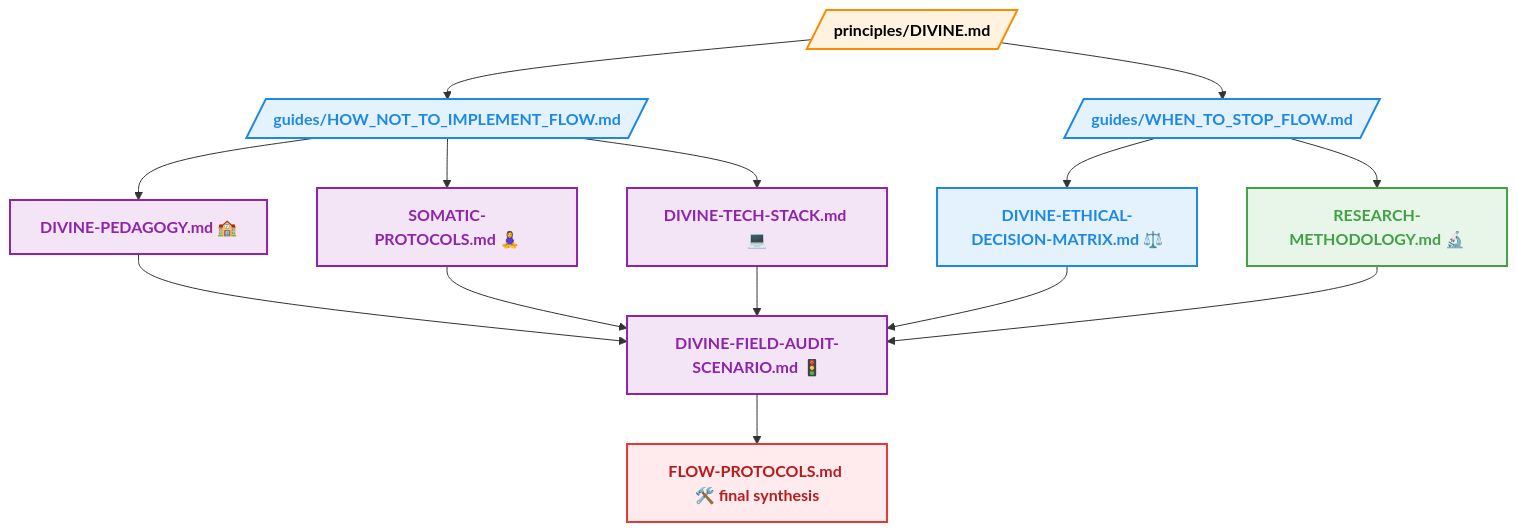
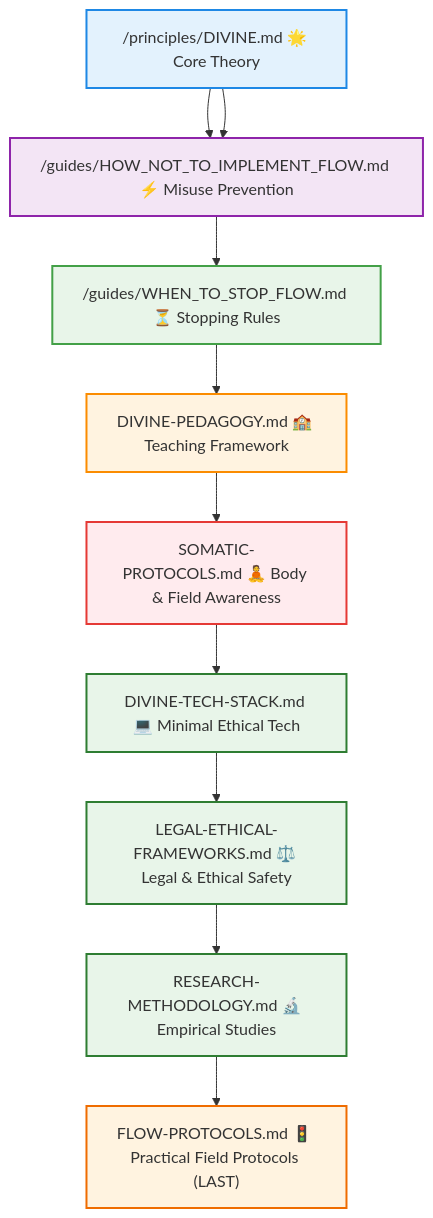
The diagram in annex/README.md (ExistensialReset/manifesto), drawn with Mermaid before and after one commit. The commit also changed other lines of this file, not shown here.

````diff
--- a/annex/README.md
+++ b/annex/README.md
@@ -72,29 +162,33 @@
 ```mermaid
 flowchart TD
-    %% Core principles
-    A[/principles/DIVINE.md/]:::core --> B[/guides/HOW_NOT_TO_IMPLEMENT_FLOW.md/]:::ethics
-    A --> C[/guides/WHEN_TO_STOP_FLOW.md/]:::ethics
+    style A fill:#e3f2fd,stroke:#1e88e5,stroke-width:2px
+    style B fill:#f3e5f5,stroke:#8e24aa,stroke-width:2px
+    style C fill:#e8f5e9,stroke:#43a047,stroke-width:2px
+    style D fill:#fff3e0,stroke:#fb8c00,stroke-width:2px
+    style E fill:#ffebee,stroke:#e53935,stroke-width:2px
 
-    %% Ethics & Safety
-    B --> D1[DIVINE-PEDAGOGY.md 🏫]:::practice
-    B --> D2[SOMATIC-PROTOCOLS.md 🧘‍♀️]:::practice
-    B --> D3[DIVINE-TECH-STACK.md 💻]:::practice
-    C --> D4[DIVINE-ETHICAL-DECISION-MATRIX.md ⚖️]:::ethics
-    C --> D5[RESEARCH-METHODOLOGY.md 🔬]:::measurement
+    A["/principles/DIVINE.md 🌟 Core Theory"] --> B["/guides/HOW_NOT_TO_IMPLEMENT_FLOW.md ⚡ Misuse Prevention"]
+    A --> B
+    B --> C["/guides/WHEN_TO_STOP_FLOW.md ⏳ Stopping Rules"]
+    C --> D["DIVINE-PEDAGOGY.md 🏫 Teaching Framework"]
+    D --> E["SOMATIC-PROTOCOLS.md 🧘 Body & Field Awareness"]
+    E --> F["DIVINE-TECH-STACK.md 💻 Minimal Ethical Tech"]
+    F --> G["LEGAL-ETHICAL-FRAMEWORKS.md ⚖️ Legal & Ethical Safety"]
+    G --> H["RESEARCH-METHODOLOGY.md 🔬 Empirical Studies"]
+    H --> I["FLOW-PROTOCOLS.md 🚦 Practical Field Protocols (LAST)"]
 
-    %% Field Practice & Final Protocol
-    D1 --> E[DIVINE-FIELD-AUDIT-SCENARIO.md 🚦]:::practice
-    D2 --> E
-    D3 --> E
-    D4 --> E
-    D5 --> E
-    E --> F[FLOW-PROTOCOLS.md 🛠️ final synthesis]:::meta
+    classDef core fill:#e0f7fa,stroke:#006064,stroke-width:2px;
+    classDef guide fill:#fce4ec,stroke:#880e4f,stroke-width:2px;
+    classDef annex fill:#e8f5e9,stroke:#2e7d32,stroke-width:2px;
+    classDef last fill:#fff3e0,stroke:#ef6c00,stroke-width:2px;
 
-    %% Class definitions
-    classDef core fill:#fff3e0,stroke:#fb8c00,stroke-width:2px,color:#000,font-weight:bold;
-    classDef ethics fill:#e3f2fd,stroke:#1e88e5,stroke-width:2px,color:#1e88e5,font-weight:bold;
-    classDef measurement fill:#e8f5e9,stroke:#43a047,stroke-width:2px,color:#43a047,font-weight:bold;
-    classDef culture fill:#fff8e1,stroke:#fbc02d,stroke-width:2px,color:#f57f17,font-weight:bold;
-    classDef practice fill:#f3e5f5,stroke:#8e24aa,stroke-width:2px,color:#8e24aa,font-weight:bold;
-    classDef meta fill:#ffebee,stroke:#e53935,stroke-width:2px,color:#b71c1c,font-weight:bold;
+    class A core
+    class B guide
+    class C guide
+    class D annex
+    class E annex
+    class F annex
+    class G annex
+    class H annex
+    class I last
 ```
````
